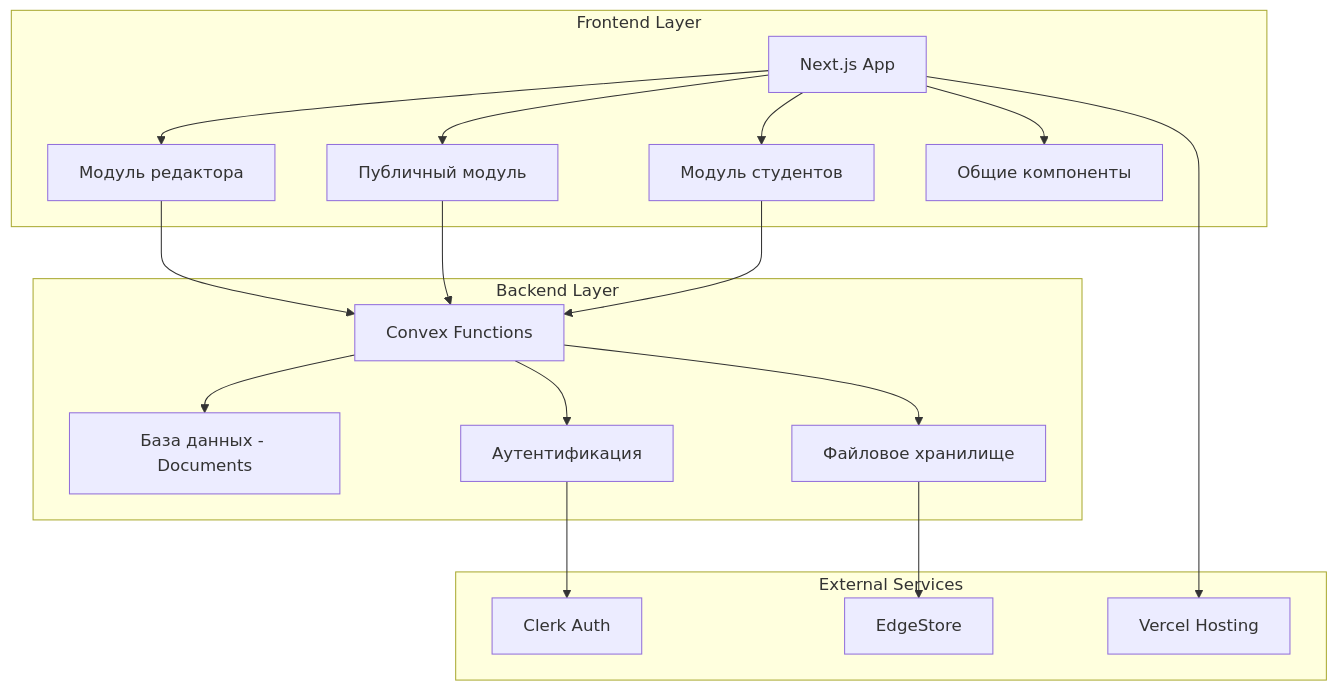
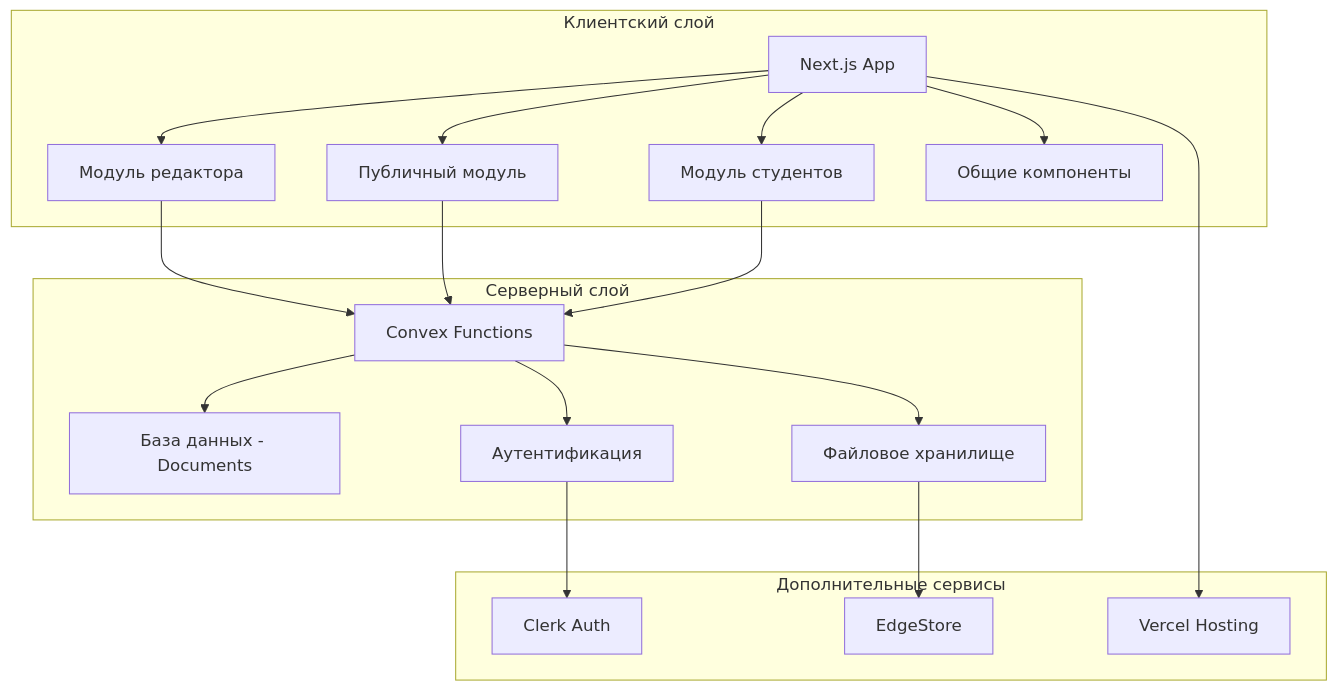
Before and after one commit to a1x02/BiGOR_2.0: the first of 11 diagrams in ARCHITECTURE_DIAGRAM.md, drawn with Mermaid.

````diff
--- a/ARCHITECTURE_DIAGRAM.md
+++ b/ARCHITECTURE_DIAGRAM.md
@@ -5,28 +5,28 @@
 ```mermaid
 graph TB
-    subgraph "Frontend Layer"
+    subgraph "Клиентский слой"
         A[Next.js App] --> B[Модуль редактора]
         A --> C[Публичный модуль]
         A --> D[Модуль студентов]
         A --> E[Общие компоненты]
     end
 
-    subgraph "Backend Layer"
+    subgraph "Серверный слой"
         F[Convex Functions] --> G[База данных - Documents]
         F --> H[Файловое хранилище]
         F --> I[Аутентификация]
     end
 
-    subgraph "External Services"
+    subgraph "Дополнительные сервисы"
         J[Clerk Auth]
         K[EdgeStore]
         L[Vercel Hosting]
     end
 
     B --> F
     C --> F
     D --> F
     I --> J
     H --> K
     A --> L
 ```
````
